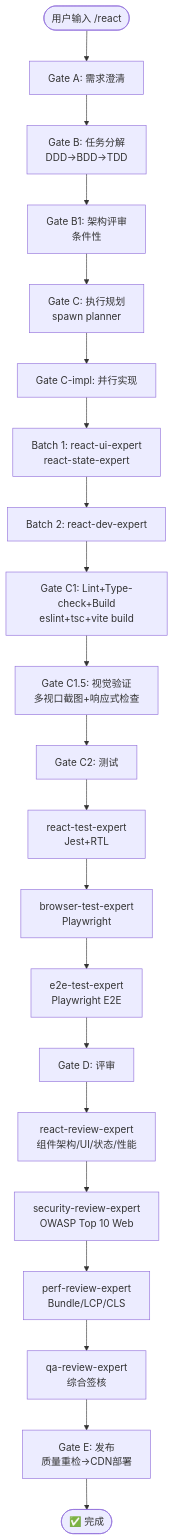
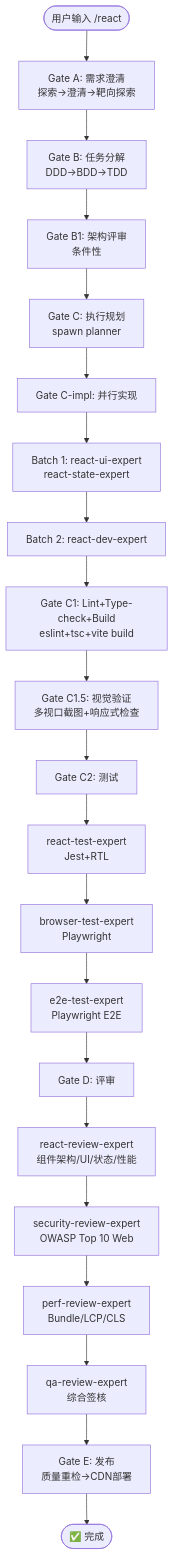
One commit to Wjl1224734792/Jarvis-Agent-Factory changed the diagram in docs/flows/react.md. Above: the diagram before and after it, drawn with Mermaid. The commit also changed 39 other files, not shown here.

````diff
--- a/docs/flows/react.md
+++ b/docs/flows/react.md
@@ -39,23 +39,23 @@
 ```mermaid
 flowchart TD
-    START([用户输入 /react]) --> A[Gate A: 需求澄清]
+    START([用户输入 /react]) --> A[Gate A: 需求澄清<br/>探索→澄清→靶向探索]
     A --> B[Gate B: 任务分解<br/>DDD→BDD→TDD]
     B --> B1[Gate B1: 架构评审<br/>条件性]
     B1 --> C[Gate C: 执行规划<br/>spawn planner]
     C --> CI[Gate C-impl: 并行实现]
     CI --> CI1[Batch 1: react-ui-expert<br/>react-state-expert]
     CI1 --> CI2[Batch 2: react-dev-expert]
     CI2 --> C1[Gate C1: Lint+Type-check+Build<br/>eslint+tsc+vite build]
     C1 --> C15[Gate C1.5: 视觉验证<br/>多视口截图+响应式检查]
     C15 --> C2[Gate C2: 测试]
     C2 --> C2A[react-test-expert<br/>Jest+RTL]
     C2A --> C2B[browser-test-expert<br/>Playwright]
     C2B --> C2C[e2e-test-expert<br/>Playwright E2E]
     C2C --> D[Gate D: 评审]
     D --> D1[react-review-expert<br/>组件架构/UI/状态/性能]
     D1 --> D2[security-review-expert<br/>OWASP Top 10 Web]
     D2 --> D3[perf-review-expert<br/>Bundle/LCP/CLS]
     D3 --> D4[qa-review-expert<br/>综合签核]
     D4 --> E[Gate E: 发布<br/>质量重检→CDN部署]
     E --> DONE([✅ 完成])
 ```
````
